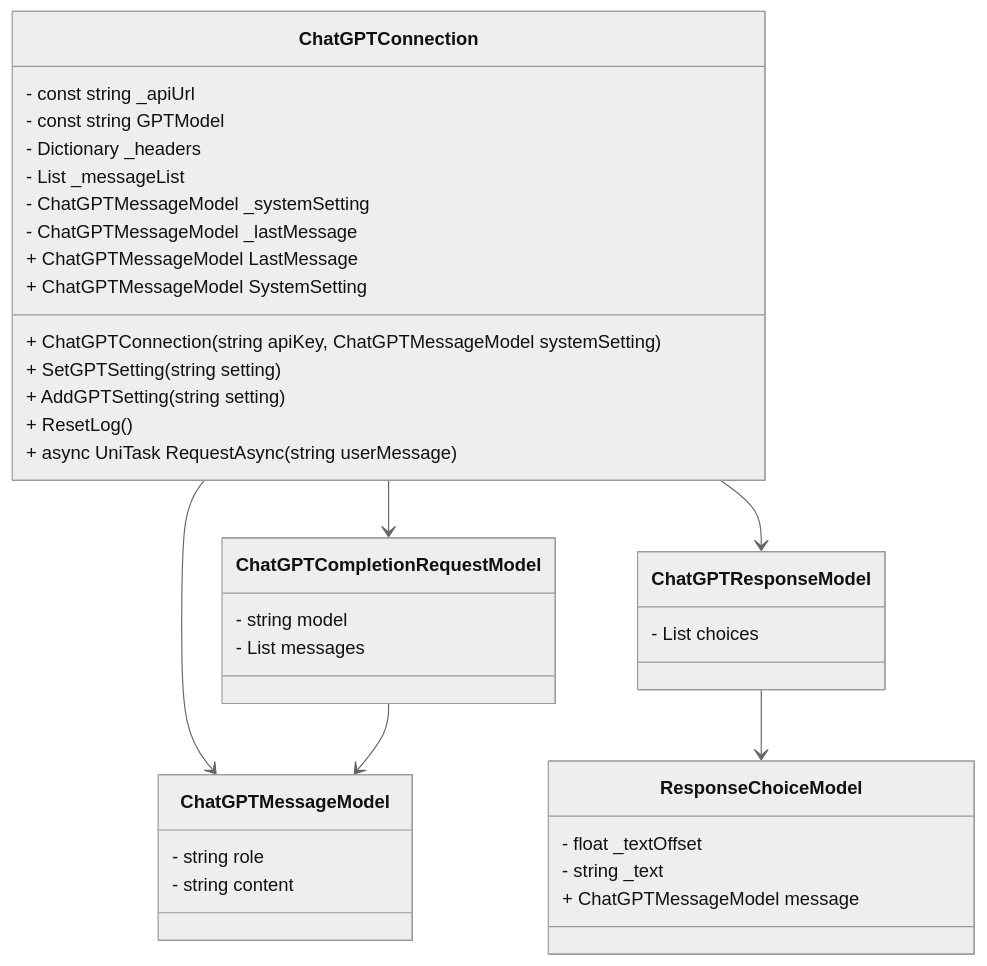
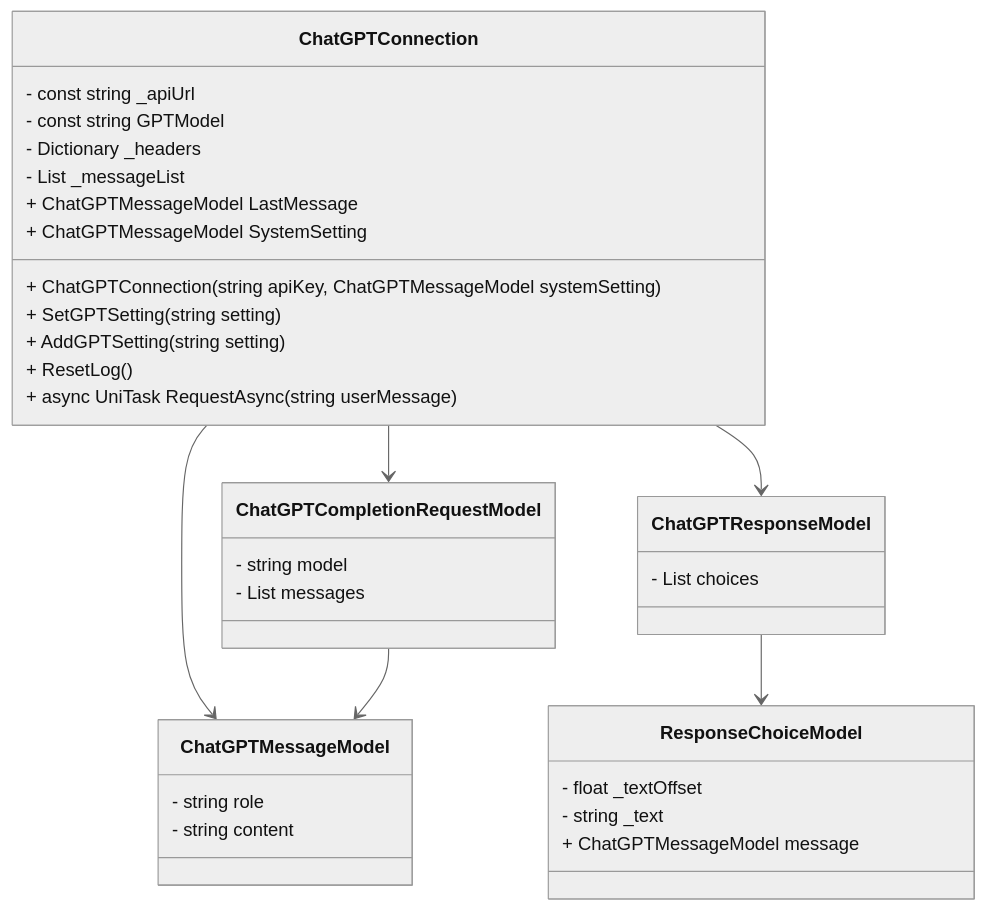
Before and after one commit to 20jun01/ChatGPTForCSharp: the diagram in Assets/Scripts/Chat GPT/README.md, drawn with Mermaid (neutral theme).

Commit message:
chore: revise md

````diff
--- a/Assets/Scripts/Chat GPT/README.md
+++ b/Assets/Scripts/Chat GPT/README.md
@@ -7,44 +7,42 @@
 ```mermaid  
 classDiagram
 class ChatGPTConnection {
     - const string _apiUrl
     - const string GPTModel
     - Dictionary<string, string> _headers
     - List<ChatGPTMessageModel> _messageList
-    - ChatGPTMessageModel _systemSetting
-    - ChatGPTMessageModel _lastMessage
     + ChatGPTMessageModel LastMessage
     + ChatGPTMessageModel SystemSetting
     + ChatGPTConnection(string apiKey, ChatGPTMessageModel systemSetting)
     + SetGPTSetting(string setting)
     + AddGPTSetting(string setting)
     + ResetLog()
     + async UniTask<ChatGPTResponseModel> RequestAsync(string userMessage)
 }
 
 class ChatGPTMessageModel{
     - string role
     - string content
 }
 
 class ChatGPTCompletionRequestModel{
     - string model
     - List<ChatGPTMessageModel> messages
 }
 
 class ChatGPTResponseModel{
     - List<ResponseChoiceModel> choices
 }
 
 class ResponseChoiceModel{
     - float _textOffset
     - string _text
     + ChatGPTMessageModel message
 }
 
 ChatGPTConnection --> ChatGPTMessageModel
 ChatGPTCompletionRequestModel --> ChatGPTMessageModel
 ChatGPTResponseModel --> ResponseChoiceModel
 ChatGPTConnection --> ChatGPTCompletionRequestModel
 ChatGPTConnection --> ChatGPTResponseModel
 ```
````
